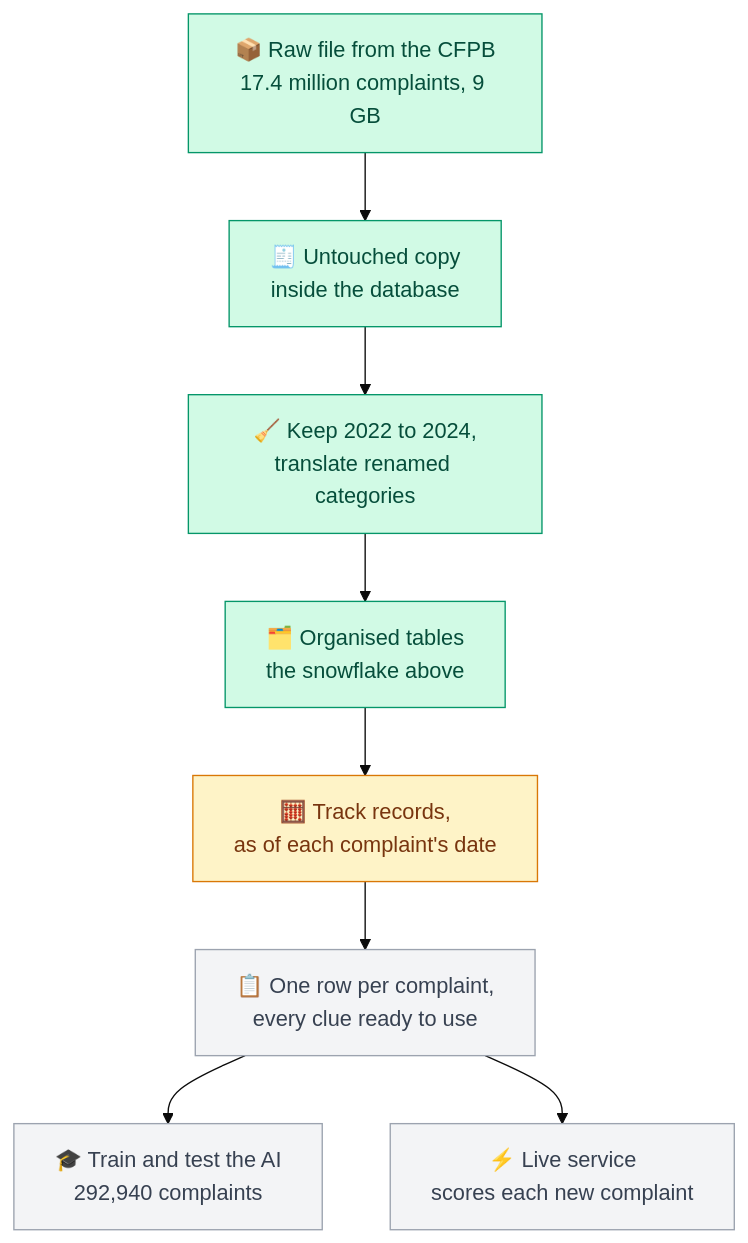
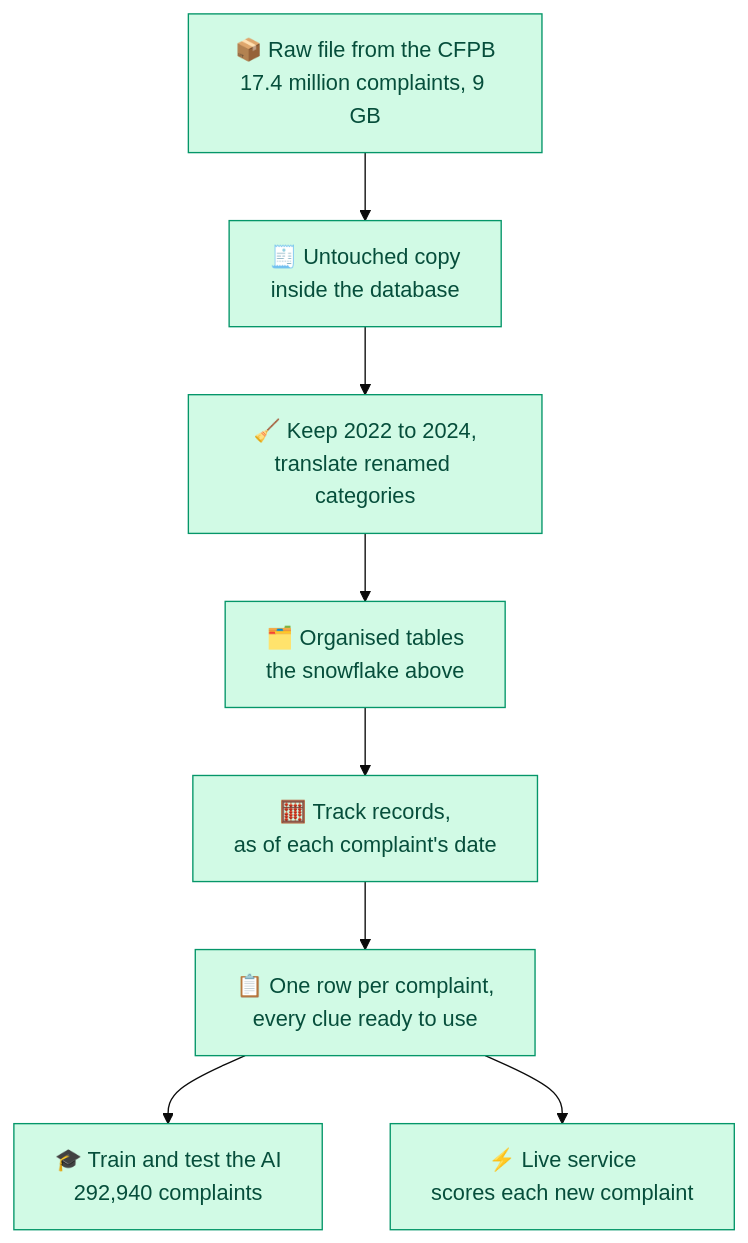
Diagram 11 of 14 in README.md (Bajaj30/TriageIQ), drawn with Mermaid (base theme) before and after one commit. The commit also changed other lines of this file and 15 other files, not shown here.

````diff
--- a/README.md
+++ b/README.md
@@ -293,16 +295,14 @@
 ```mermaid
 flowchart TD
     A["📦 Raw file from the CFPB<br/>17.4 million complaints, 9 GB"] --> B["🧾 Untouched copy<br/>inside the database"]
     B --> C["🧹 Keep 2022 to 2024,<br/>translate renamed categories"]
     C --> D["🗂️ Organised tables<br/>the snowflake above"]
     D --> E["🧮 Track records,<br/>as of each complaint's date"]
     E --> F["📋 One row per complaint,<br/>every clue ready to use"]
     F --> G["🎓 Train and test the AI<br/>292,940 complaints"]
     F --> H["⚡ Live service<br/>scores each new complaint"]
     classDef done fill:#d1fae5,stroke:#059669,color:#064e3b
     classDef doing fill:#fef3c7,stroke:#d97706,color:#78350f
     classDef todo fill:#f3f4f6,stroke:#9ca3af,color:#374151
-    class A,B,C,D done
-    class E doing
-    class F,G,H todo
+    class A,B,C,D,E,F,G,H done
 ```
````
